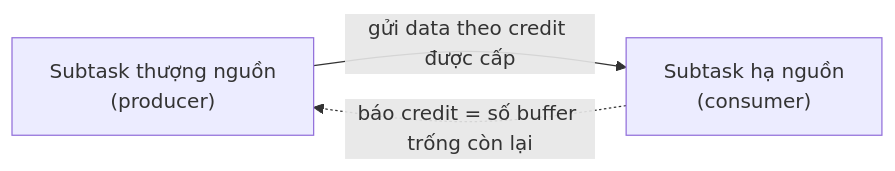
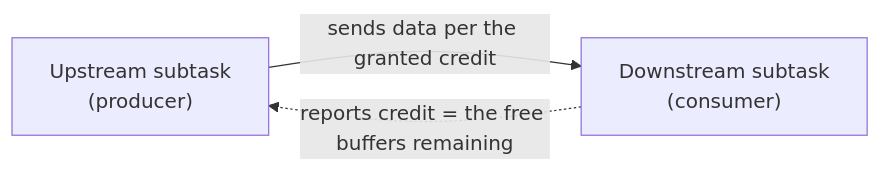
Before and after one commit to vuhoang001/knowledge: the first of 3 diagrams in i18n/en/docusaurus-plugin-content-docs/current/etl/flink/skills/backpressure-tuning.md, drawn with Mermaid. The commit also changed other lines of this file and 21 other files, not shown here.

````diff
--- a/i18n/en/docusaurus-plugin-content-docs/current/etl/flink/skills/backpressure-tuning.md
+++ b/i18n/en/docusaurus-plugin-content-docs/current/etl/flink/skills/backpressure-tuning.md
@@ -30,5 +29,5 @@
 ```mermaid
 graph LR
-    U["Subtask thượng nguồn<br/>(producer)"] -->|"gửi data theo credit được cấp"| D["Subtask hạ nguồn<br/>(consumer)"]
-    D -.->|"báo credit = số buffer trống còn lại"| U
+    U["Upstream subtask<br/>(producer)"] -->|"sends data per the granted credit"| D["Downstream subtask<br/>(consumer)"]
+    D -.->|"reports credit = the free buffers remaining"| U
 ```
````
